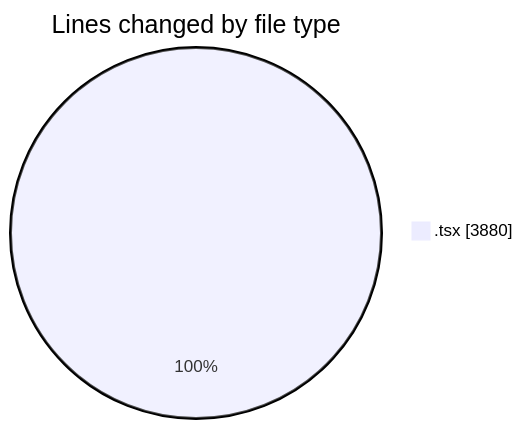
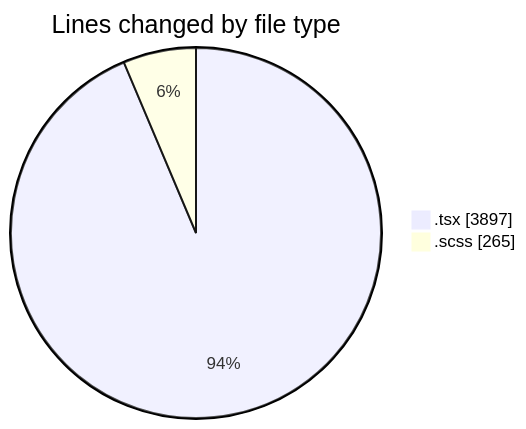
Before and after one commit to momahboobian/code-tracking: the first of 2 diagrams in 2025-11-11/cda/README.md, drawn with Mermaid. The commit also changed other lines of this file and 1 other file, not shown here.

````diff
--- a/2025-11-11/cda/README.md
+++ b/2025-11-11/cda/README.md
@@ -24,5 +25,6 @@
 ```mermaid
 pie showData
 title Lines changed by file type
-".tsx" : 3880
+".tsx" : 3897
+".scss" : 265
 ```
````
